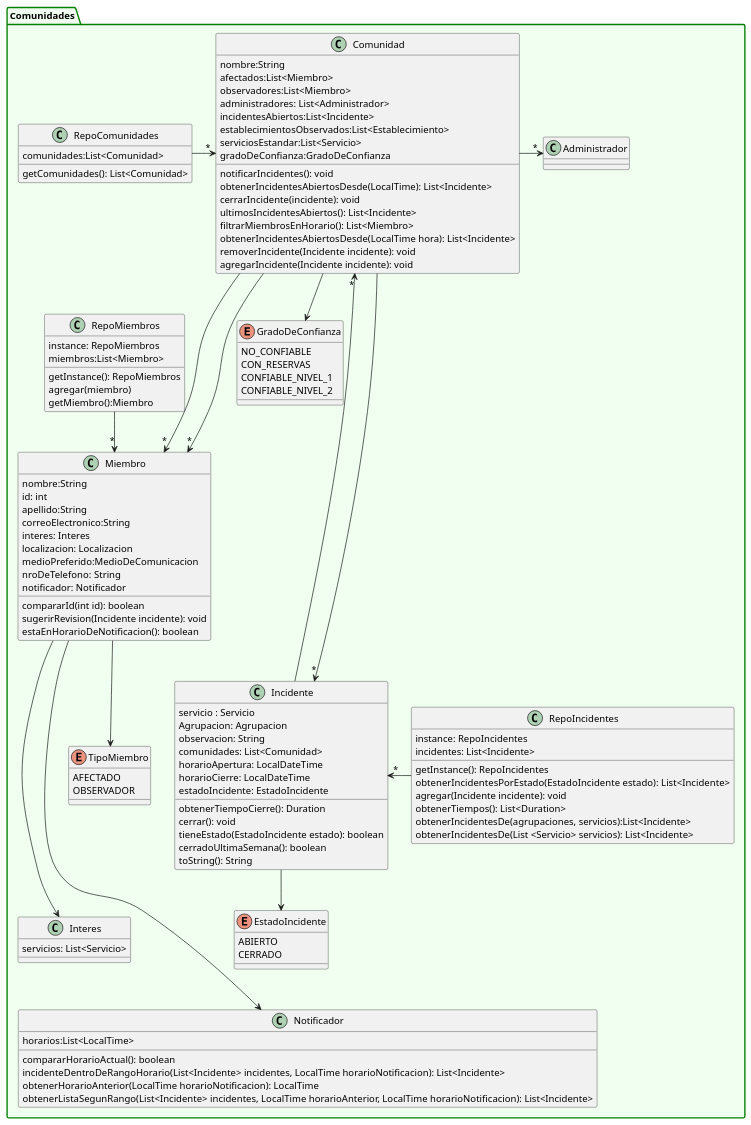
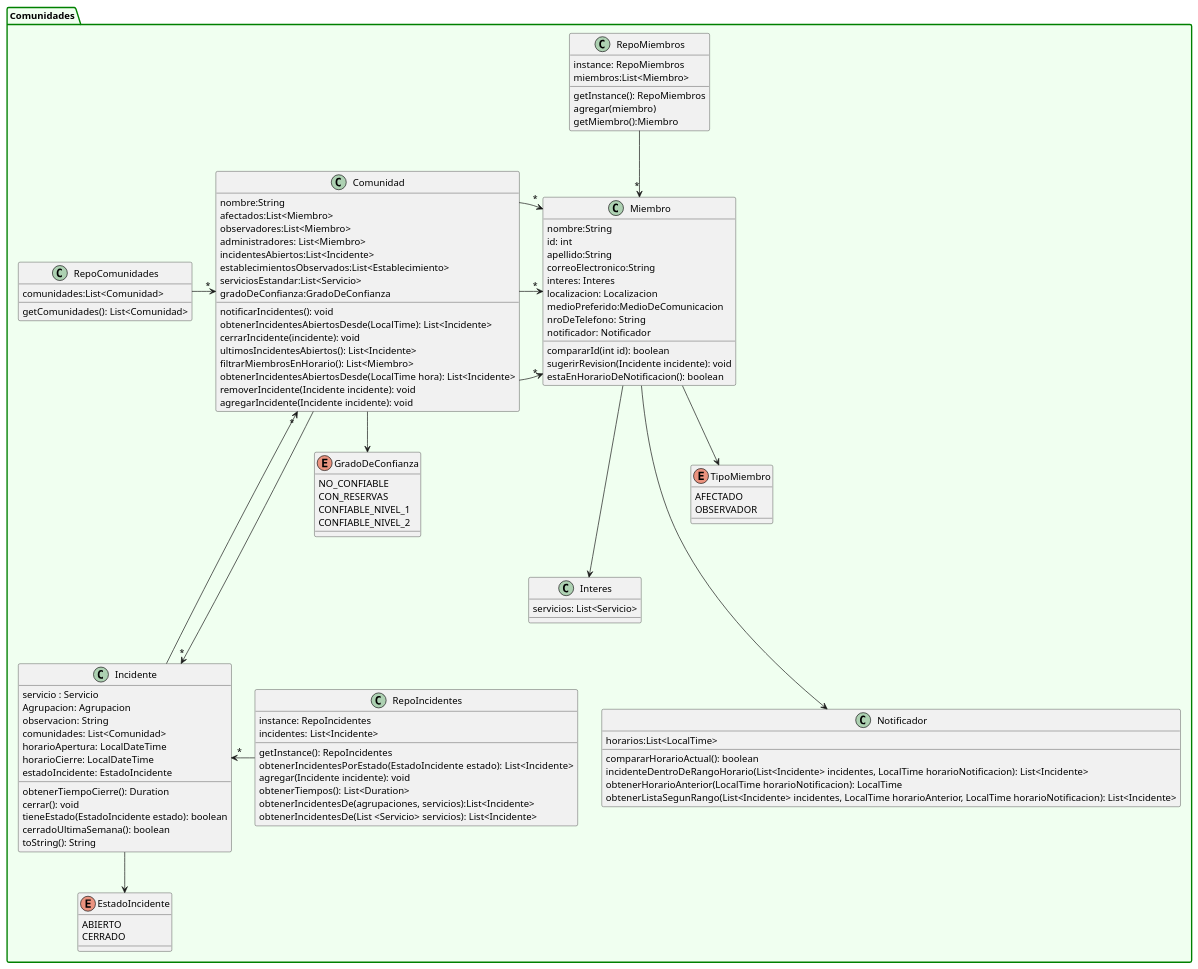
Before and after one commit to tomidandrea/TPA-DDS-2023: the diagram in Entrega-7/out/comunidades.puml, drawn with PlantUML. The commit also changed 4 other files, not shown here.

Commit message:
Cambios en el Diagrama de Clases

```diff
--- a/Entrega-7/out/comunidades.puml
+++ b/Entrega-7/out/comunidades.puml
@@ -1,133 +1,131 @@
 @startuml
 'https://plantuml.com/class-diagram
 package Comunidades #back:honeydew;line:Green;line.bold{
     class Comunidad{
         nombre:String
         afectados:List<Miembro>
         observadores:List<Miembro>
-        administradores: List<Administrador>
+        administradores: List<Miembro>
         incidentesAbiertos:List<Incidente>
         establecimientosObservados:List<Establecimiento>
         serviciosEstandar:List<Servicio>
         gradoDeConfianza:GradoDeConfianza
 
         notificarIncidentes(): void
         obtenerIncidentesAbiertosDesde(LocalTime): List<Incidente>
         cerrarIncidente(incidente): void
         ultimosIncidentesAbiertos(): List<Incidente>
         filtrarMiembrosEnHorario(): List<Miembro>
         obtenerIncidentesAbiertosDesde(LocalTime hora): List<Incidente>
         removerIncidente(Incidente incidente): void
         agregarIncidente(Incidente incidente): void
 
     }
 
     class RepoComunidades{
         comunidades:List<Comunidad>
 
         getComunidades(): List<Comunidad>
     }
 
     class Notificador {
          horarios:List<LocalTime>
 
          compararHorarioActual(): boolean
          incidenteDentroDeRangoHorario(List<Incidente> incidentes, LocalTime horarioNotificacion): List<Incidente>
          obtenerHorarioAnterior(LocalTime horarioNotificacion): LocalTime
          obtenerListaSegunRango(List<Incidente> incidentes, LocalTime horarioAnterior, LocalTime horarioNotificacion): List<Incidente>
     }
 
-    class Administrador{
-    }
 
     class Miembro{
         nombre:String
         id: int
         apellido:String
         correoElectronico:String
         interes: Interes
         localizacion: Localizacion
         medioPreferido:MedioDeComunicacion
         nroDeTelefono: String
         notificador: Notificador
 
         compararId(int id): boolean
         sugerirRevision(Incidente incidente): void
         estaEnHorarioDeNotificacion(): boolean
     }
 
     enum TipoMiembro{
         AFECTADO
         OBSERVADOR
     }
 
     class RepoMiembros{
         instance: RepoMiembros
         miembros:List<Miembro>
 
         getInstance(): RepoMiembros
         agregar(miembro)
         getMiembro():Miembro
     }
 
     class Interes{
         servicios: List<Servicio>
     }
 
     class  Incidente{
         servicio : Servicio
         Agrupacion: Agrupacion
         observacion: String
         comunidades: List<Comunidad>
         horarioApertura: LocalDateTime
         horarioCierre: LocalDateTime
         estadoIncidente: EstadoIncidente
 
         obtenerTiempoCierre(): Duration
         cerrar(): void
         tieneEstado(EstadoIncidente estado): boolean
         cerradoUltimaSemana(): boolean
         toString(): String
     }
 
     class RepoIncidentes{
         instance: RepoIncidentes
         incidentes: List<Incidente>
 
         getInstance(): RepoIncidentes
         obtenerIncidentesPorEstado(EstadoIncidente estado):  List<Incidente>
         agregar(Incidente incidente): void
         obtenerTiempos(): List<Duration>
         obtenerIncidentesDe(agrupaciones, servicios):List<Incidente>
         obtenerIncidentesDe(List <Servicio> servicios): List<Incidente>
     }
 
     enum EstadoIncidente {
         ABIERTO
         CERRADO
     }
 
     enum GradoDeConfianza {
         NO_CONFIABLE
         CON_RESERVAS
         CONFIABLE_NIVEL_1
         CONFIABLE_NIVEL_2
     }
 
     Incidente-up-->"*"Comunidad
     Incidente-->EstadoIncidente
     Comunidad--down-->"*"Incidente
     RepoIncidentes--left->"*" Incidente
     RepoMiembros -->"*" Miembro
     Comunidad -down-->"*" Miembro
     Comunidad -down-->"*" Miembro
     RepoComunidades -right->"*" Comunidad
     Miembro-->TipoMiembro
     Miembro--down->Interes
     Miembro--down-->Notificador
     Comunidad-->GradoDeConfianza
-    Comunidad --right->"*" Administrador
+    Comunidad --right->"*" Miembro
 }
 
 
 @enduml
```
